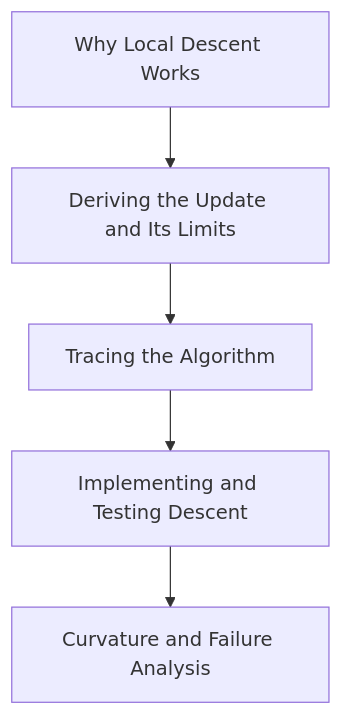
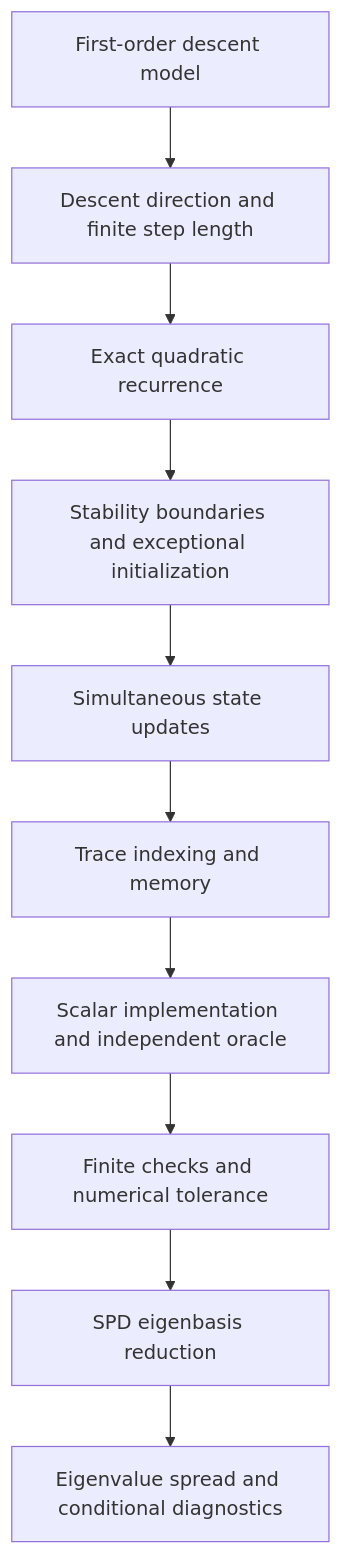
Before and after one commit to AayushPandey2/Notes-skill: the diagram in examples/adaptive-composition/vault/6 - Full Notes/Gradient Descent/00 - Map of Contents.md, drawn with Mermaid. The commit also changed other lines of this file and 47 other files, not shown here.

````diff
--- a/examples/adaptive-composition/vault/6 - Full Notes/Gradient Descent/00 - Map of Contents.md
+++ b/examples/adaptive-composition/vault/6 - Full Notes/Gradient Descent/00 - Map of Contents.md
@@ -23,12 +23,22 @@
 ```mermaid
 flowchart TD
-    n0["Why Local Descent Works"]
-    n1["Deriving the Update and Its Limits"]
+    n0["First-order descent model"]
+    n1["Descent direction and finite step length"]
     n0 --> n1
-    n2["Tracing the Algorithm"]
+    n2["Exact quadratic recurrence"]
     n1 --> n2
-    n3["Implementing and Testing Descent"]
+    n3["Stability boundaries and exceptional initialization"]
     n2 --> n3
-    n4["Curvature and Failure Analysis"]
+    n4["Simultaneous state updates"]
     n3 --> n4
+    n5["Trace indexing and memory"]
+    n4 --> n5
+    n6["Scalar implementation and independent oracle"]
+    n5 --> n6
+    n7["Finite checks and numerical tolerance"]
+    n6 --> n7
+    n8["SPD eigenbasis reduction"]
+    n7 --> n8
+    n9["Eigenvalue spread and conditional diagnostics"]
+    n8 --> n9
 ```
````
